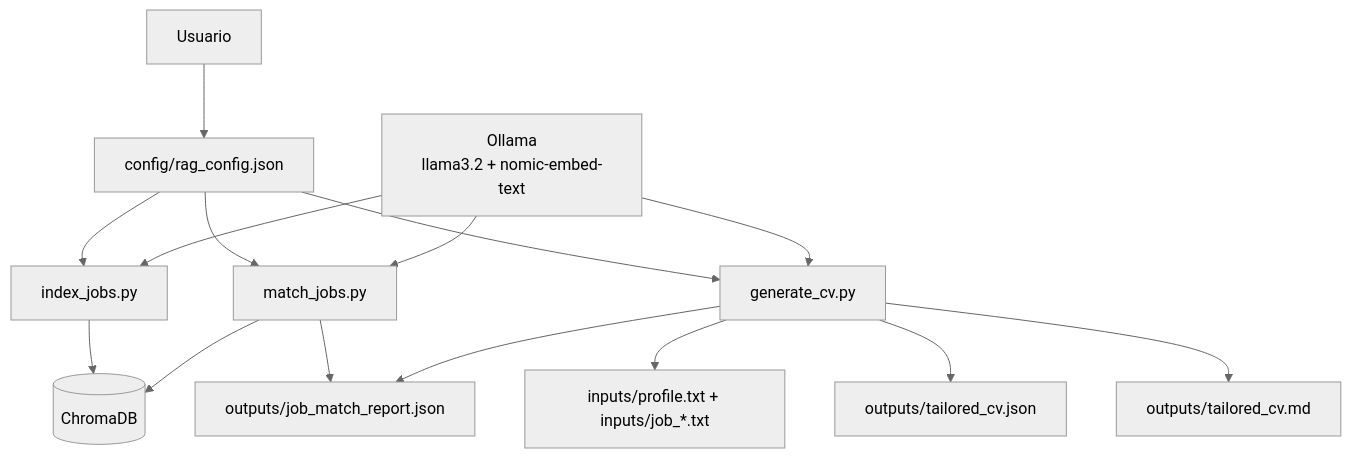
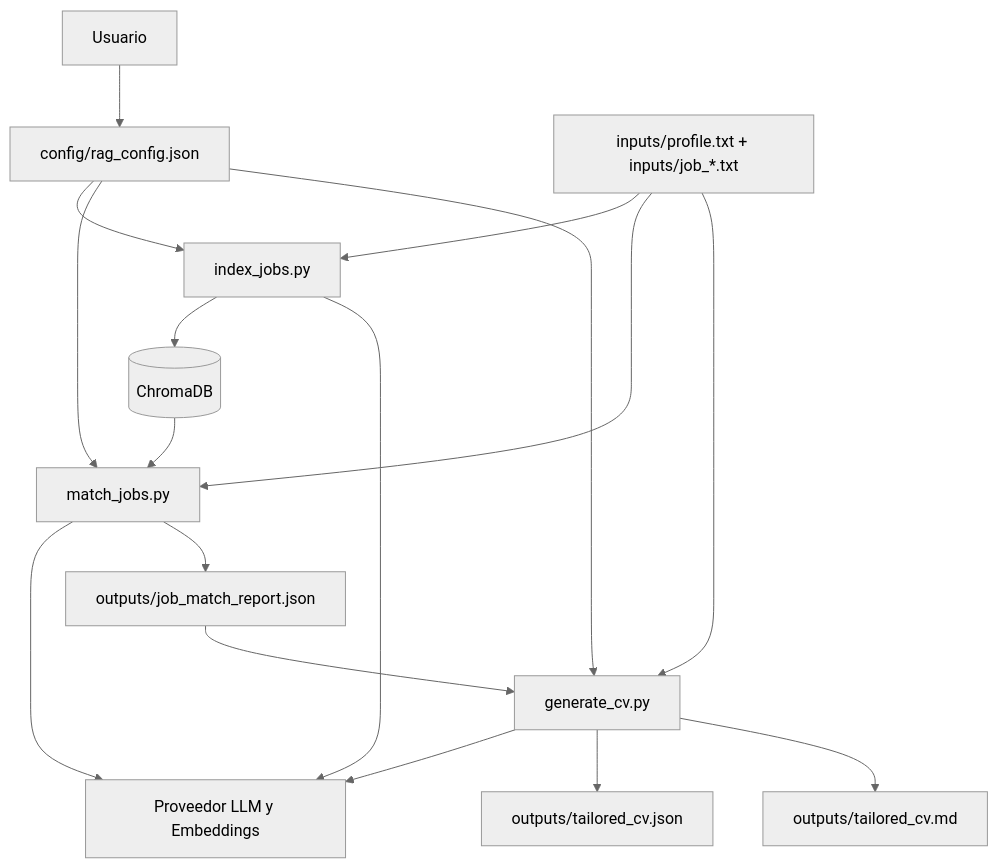
One commit to CristopherAn/por_ia changed the diagram in README.md. Above: the diagram before and after it, drawn with Mermaid (neutral theme). The commit also changed other lines of this file and 4 other files, not shown here.

````diff
--- a/README.md
+++ b/README.md
@@ -13,17 +13,24 @@
 ```mermaid
 flowchart TD
     A[Usuario] --> B[config/rag_config.json]
+    H[inputs/profile.txt + inputs/job_*.txt]
+    K[Proveedor LLM y Embeddings]
+
     B --> C[index_jobs.py]
+    H --> C
     C --> D[(ChromaDB)]
+    C --> K
+
     B --> E[match_jobs.py]
-    E --> D
+    H --> E
+    D --> E
+    E --> K
     E --> F[outputs/job_match_report.json]
+
     B --> G[generate_cv.py]
-    G --> F
-    G --> H[inputs/profile.txt + inputs/job_*.txt]
+    H --> G
+    F --> G
+    G --> K
     G --> I[outputs/tailored_cv.json]
     G --> J[outputs/tailored_cv.md]
-    K[Ollama<br/>llama3.2 + nomic-embed-text] --> C
-    K --> E
-    K --> G
 ```
````
